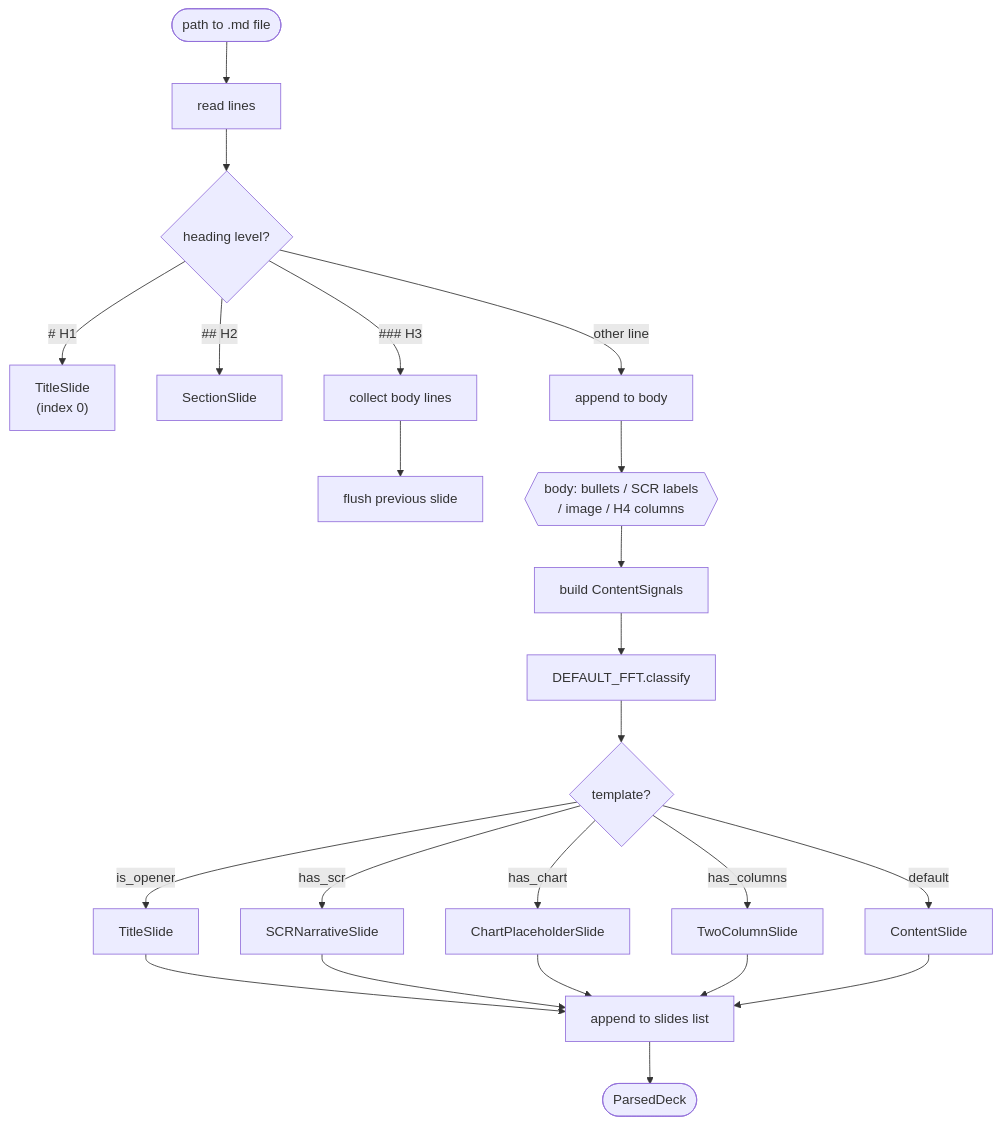
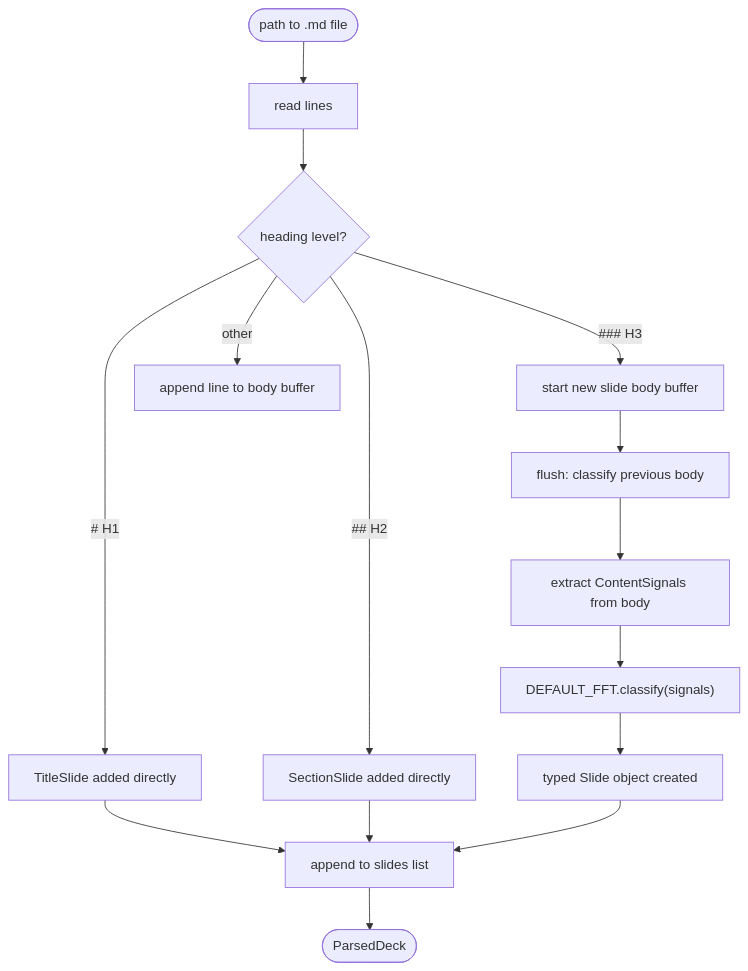
One commit to OrnlyP63/slide-deck changed the second of 5 diagrams in README.md. Above: the diagram before and after it, drawn with Mermaid. The commit also changed other lines of this file, not shown here.

Commit message:
Fix Mermaid charts: parse() simplified, FFT updated to 12 cues
parse() chart: remove unintentional hexagon node {{...}}, simplify
bottom half to not enumerate all slide types (FFT chart handles that).

FFT chart: expand from 6 to 12 cues to match current DEFAULT_FFT:
adds ClosingSlide, AgendaSlide, QuoteSlide, StatsSlide, TimelineSlide,
TableSlide.

````diff
--- a/README.md
+++ b/README.md
@@ -55,21 +55,17 @@
 ```mermaid
 flowchart TD
     A(["path to .md file"]) --> B["read lines"]
     B --> C{"heading level?"}
-    C -->|"# H1"| D["TitleSlide\n(index 0)"]
-    C -->|"## H2"| E["SectionSlide"]
-    C -->|"### H3"| F["collect body lines"]
-    C -->|"other line"| G["append to body"]
-    F --> H["flush previous slide"]
-    G --> I{{"body: bullets / SCR labels\n/ image / H4 columns"}}
-    I --> J["build ContentSignals"]
-    J --> K["DEFAULT_FFT.classify"]
-    K --> L{"template?"}
-    L -->|"is_opener"| M["TitleSlide"]
-    L -->|"has_scr"| N["SCRNarrativeSlide"]
-    L -->|"has_chart"| O["ChartPlaceholderSlide"]
-    L -->|"has_columns"| P["TwoColumnSlide"]
-    L -->|"default"| Q["ContentSlide"]
-    M & N & O & P & Q --> R["append to slides list"]
-    R --> S(["ParsedDeck"])
+    C -->|"# H1"| D["TitleSlide added directly"]
+    C -->|"## H2"| E["SectionSlide added directly"]
+    C -->|"### H3"| F["start new slide body buffer"]
+    C -->|"other"| G["append line to body buffer"]
+    F --> H["flush: classify previous body"]
+    H --> I["extract ContentSignals from body"]
+    I --> J["DEFAULT_FFT.classify(signals)"]
+    J --> K["typed Slide object created"]
+    D --> L["append to slides list"]
+    E --> L
+    K --> L
+    L --> M(["ParsedDeck"])
 ```
````
